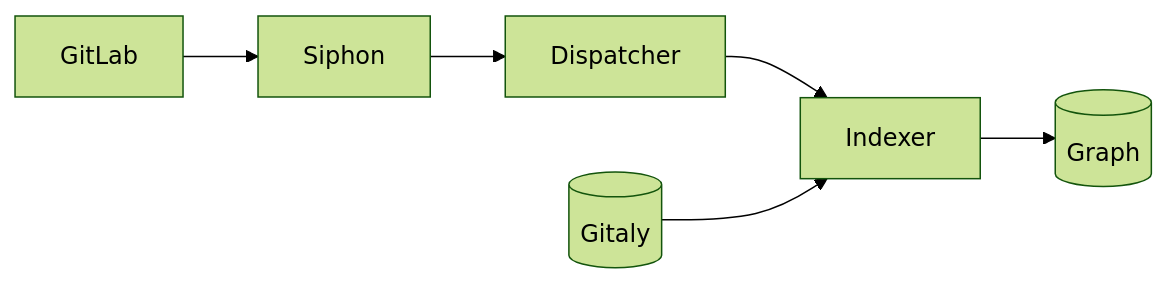
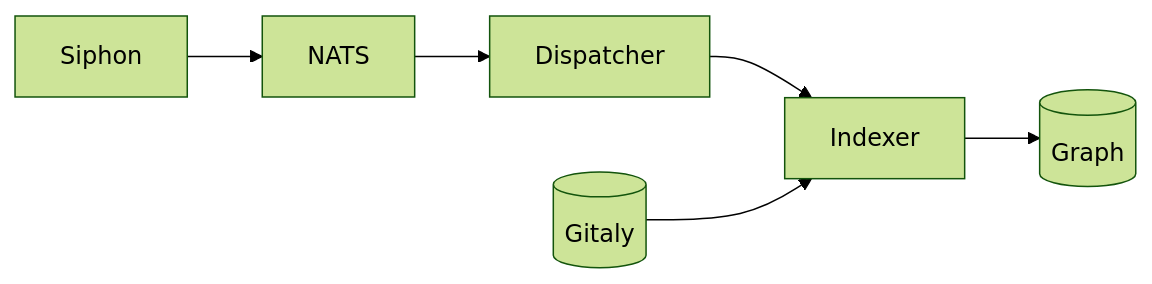
The first of 7 diagrams in docs/pages/engineering/architecture/code-indexing.md (gitlabhq/orbit-knowledge-graph), drawn with Mermaid (forest theme) before and after one commit. The commit also changed other lines of this file and 1 other file, not shown here.

First line of the commit message:
docs(architecture): explain checkpoints and the NATS path for code tasks

````diff
--- a/docs/pages/engineering/architecture/code-indexing.md
+++ b/docs/pages/engineering/architecture/code-indexing.md
@@ -21,5 +21,5 @@
 ```mermaid
 flowchart LR
-    GitLab --> Siphon --> Dispatcher --> Indexer --> Graph[(Graph)]
+    Siphon --> NATS --> Dispatcher --> Indexer --> Graph[(Graph)]
     Gitaly[(Gitaly)] --> Indexer
 ```
````
